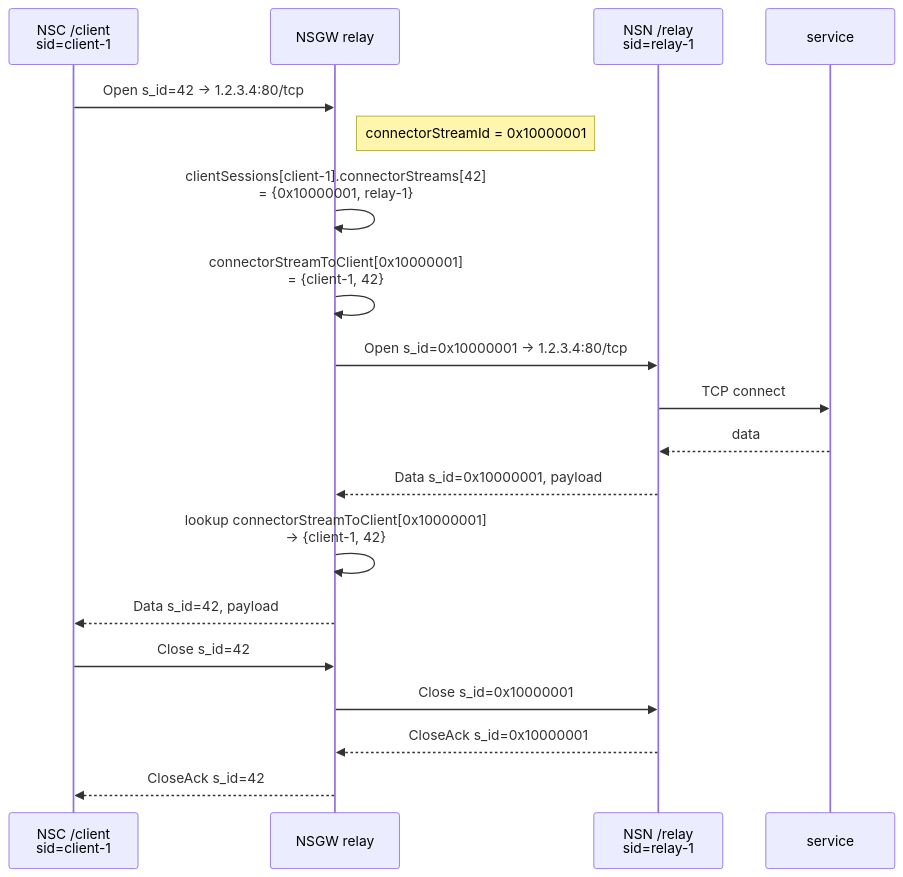
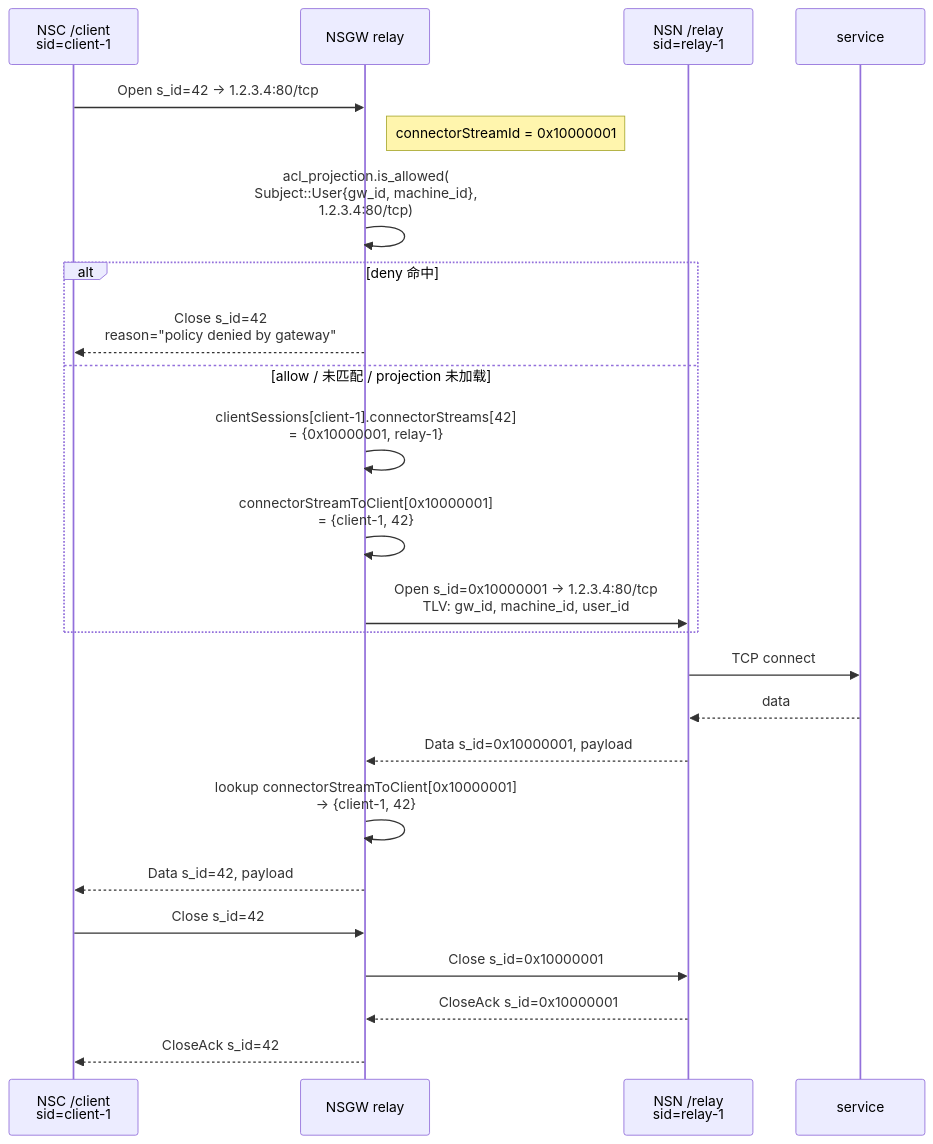
Before and after one commit to nsiod/docs: the second of 2 diagrams in docs/09-nsgw-gateway/wss-relay.md, drawn with Mermaid. The commit also changed other lines of this file and 7 other files, not shown here.

First line of the commit message:
docs(acl,nsgw): two-level trust cascade + direct-path user identity

````diff
--- a/docs/09-nsgw-gateway/wss-relay.md
+++ b/docs/09-nsgw-gateway/wss-relay.md
@@ -87,22 +93,27 @@
 ```mermaid
 sequenceDiagram
     participant C as NSC /client<br/>sid=client-1
     participant G as NSGW relay
     participant N as NSN /relay<br/>sid=relay-1
     participant S as service
 
     C->>G: Open s_id=42 → 1.2.3.4:80/tcp
     Note right of G: connectorStreamId = 0x10000001
-    G->>G: clientSessions[client-1].connectorStreams[42]<br/>= {0x10000001, relay-1}
-    G->>G: connectorStreamToClient[0x10000001]<br/>= {client-1, 42}
-    G->>N: Open s_id=0x10000001 → 1.2.3.4:80/tcp
+    G->>G: acl_projection.is_allowed(<br/>Subject::User{gw_id, machine_id},<br/>1.2.3.4:80/tcp)
+    alt deny 命中
+        G-->>C: Close s_id=42<br/>reason="policy denied by gateway"
+    else allow / 未匹配 / projection 未加载
+        G->>G: clientSessions[client-1].connectorStreams[42]<br/>= {0x10000001, relay-1}
+        G->>G: connectorStreamToClient[0x10000001]<br/>= {client-1, 42}
+        G->>N: Open s_id=0x10000001 → 1.2.3.4:80/tcp<br/>TLV: gw_id, machine_id, user_id
+    end
     N->>S: TCP connect
     S-->>N: data
     N-->>G: Data s_id=0x10000001, payload
     G->>G: lookup connectorStreamToClient[0x10000001]<br/>→ {client-1, 42}
     G-->>C: Data s_id=42, payload
     C->>G: Close s_id=42
     G->>N: Close s_id=0x10000001
     N-->>G: CloseAck s_id=0x10000001
     G-->>C: CloseAck s_id=42
 ```
````
